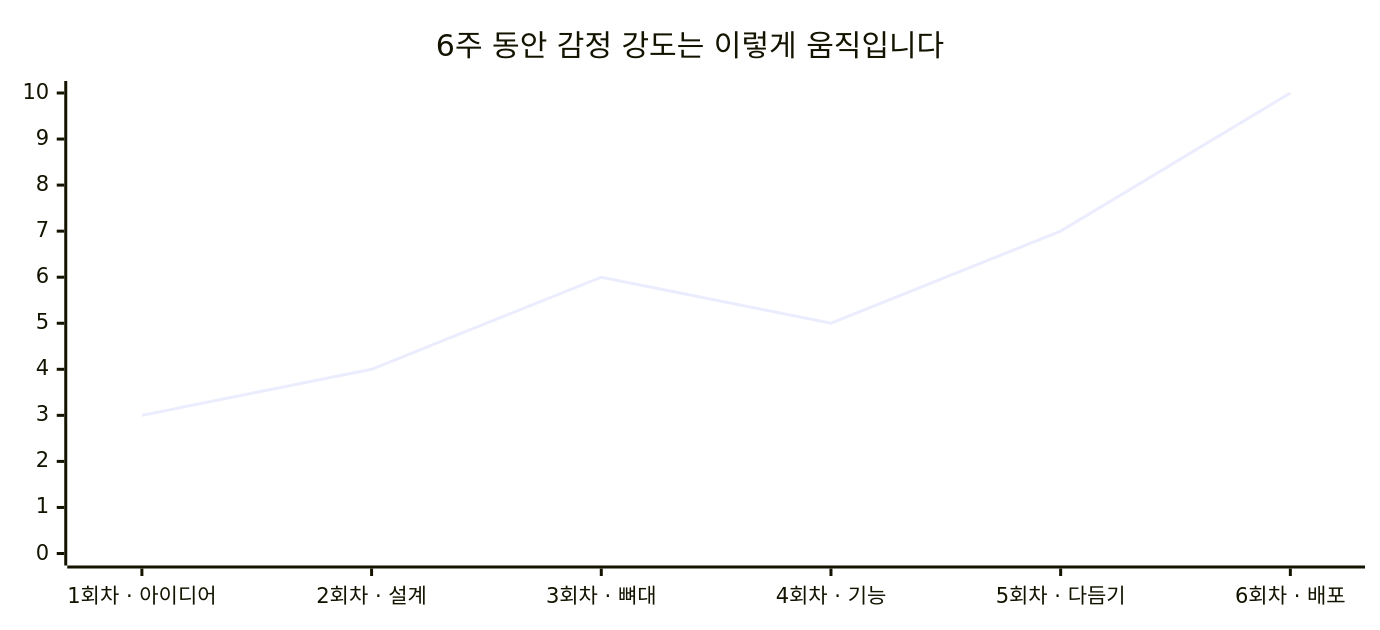
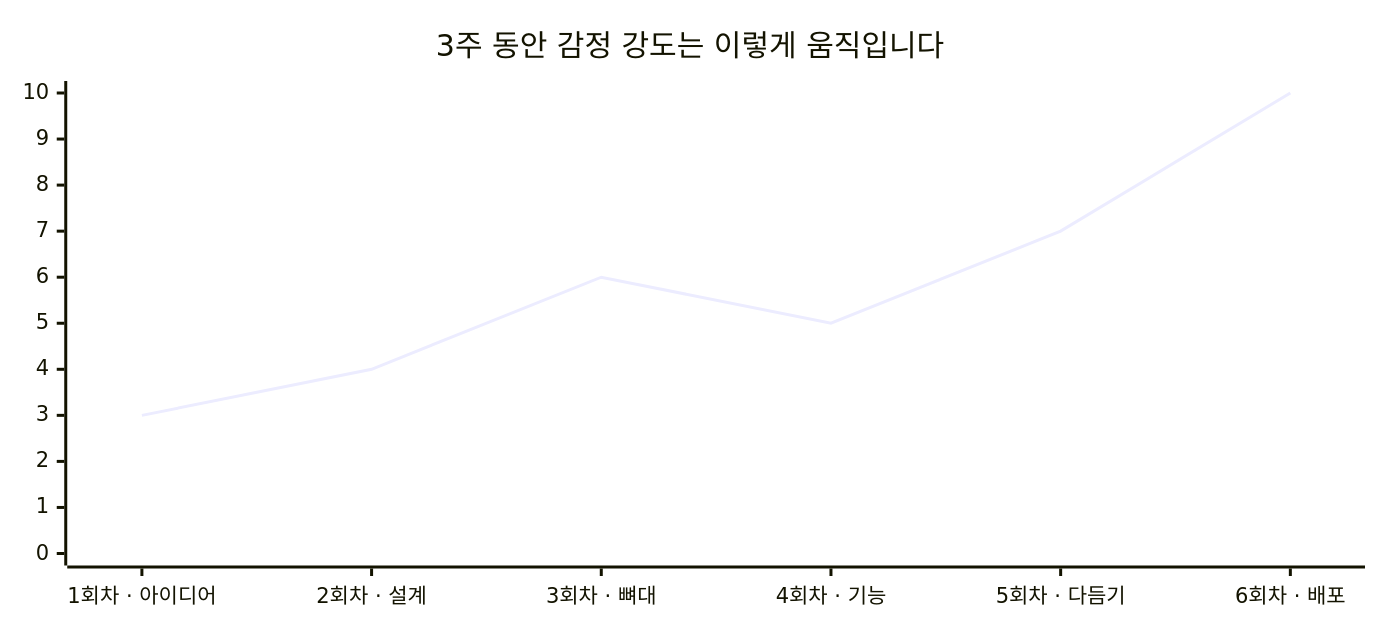
The first of 2 diagrams in src/content/docs/index.mdx (In-HyeokJang/coding-without-coding), drawn with Mermaid before and after one commit. The commit also changed other lines of this file and 11 other files, not shown here.

````diff
--- a/src/content/docs/index.mdx
+++ b/src/content/docs/index.mdx
@@ -16,13 +16,13 @@
 ```mermaid
 ---
 config:
   xyChart:
     width: 900
     height: 400
 ---
 xychart-beta
-    title "6주 동안 감정 강도는 이렇게 움직입니다"
+    title "3주 동안 감정 강도는 이렇게 움직입니다"
     x-axis ["1회차 · 아이디어", "2회차 · 설계", "3회차 · 뼈대", "4회차 · 기능", "5회차 · 다듬기", "6회차 · 배포"]
     y-axis 0 --> 10
     line [3, 4, 6, 5, 7, 10]
 ```
````
